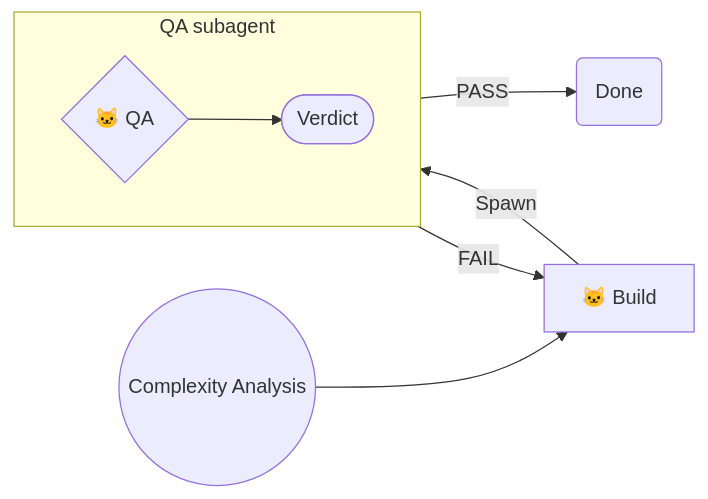
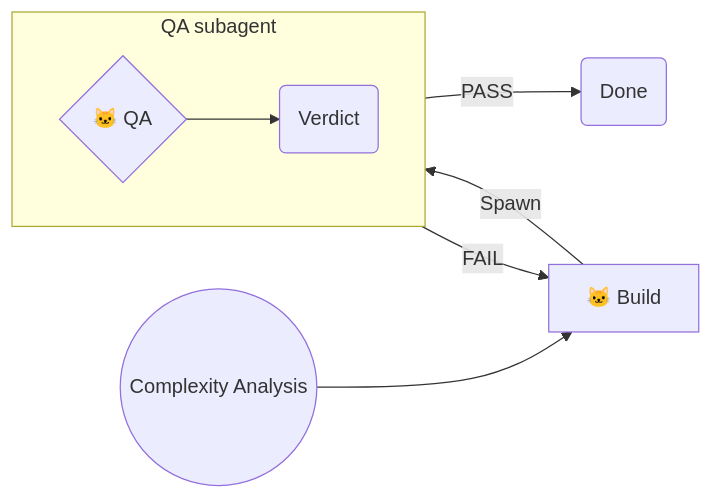
The first of 7 diagrams in memory-bank/active/creative/creative-verification-diagrams-review.md (Texarkanine/.cursor-rules), drawn with Mermaid before and after one commit. The commit also changed other lines of this file and 1 other file, not shown here.

Commit message:
chore: Verdict reuses Done rounded shape, not stadium

````diff
--- a/memory-bank/active/creative/creative-verification-diagrams-review.md
+++ b/memory-bank/active/creative/creative-verification-diagrams-review.md
@@ -21,11 +21,11 @@
 ```mermaid
 graph LR
     Start(("Complexity Analysis")) --> NikoBuild["🐱 Build"]
     NikoBuild --Spawn--> QA
     subgraph QASA["QA subagent"]
         direction LR
-        QA{"🐱 QA"} --> QAV(["Verdict"])
+        QA{"🐱 QA"} --> QAV("Verdict")
     end
     QAV -->|"PASS"| Done("Done")
     QAV -->|"FAIL"| NikoBuild
 ```
````
